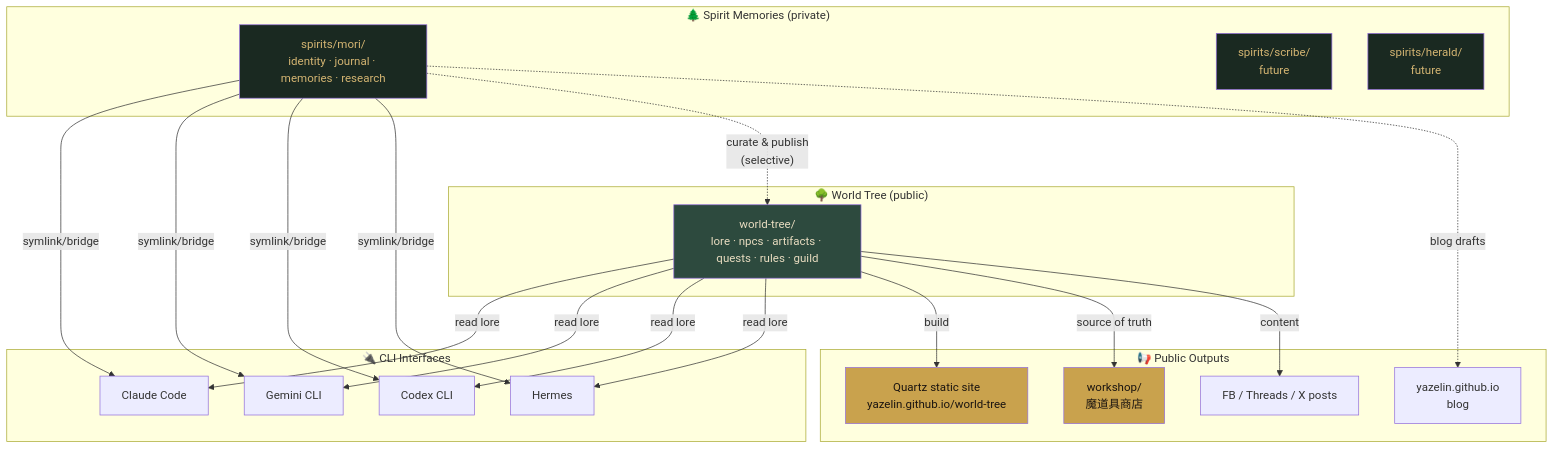
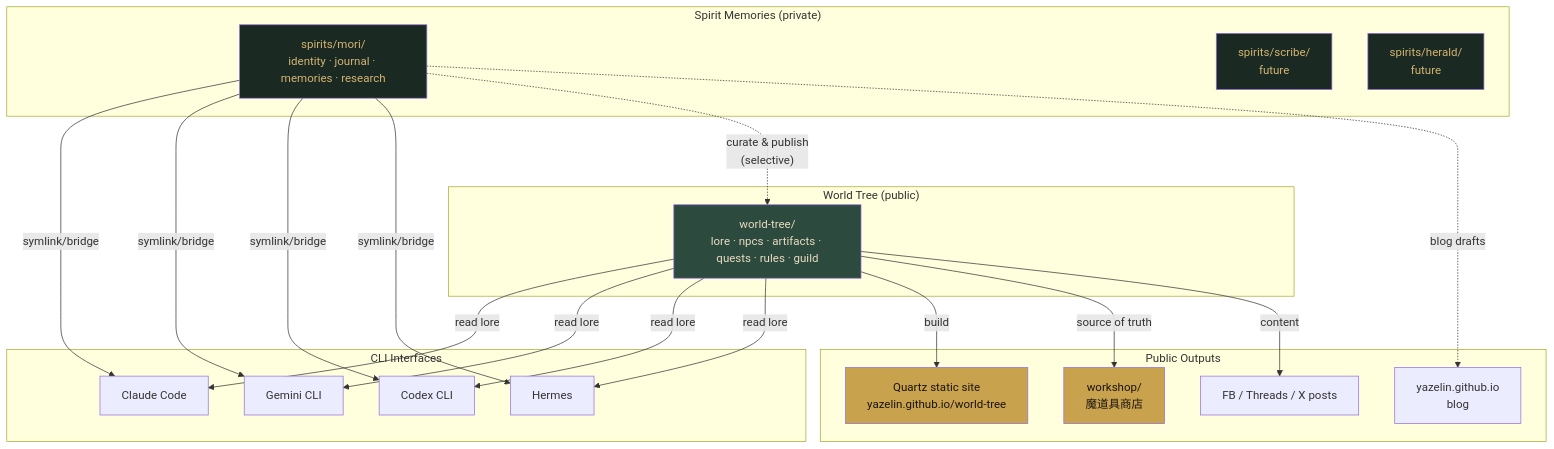
One commit to yazelin/world-tree changed the first of 3 diagrams in ARCHITECTURE.md. Above: the diagram before and after it, drawn with Mermaid. The commit also changed other lines of this file and 33 other files, not shown here.

````diff
--- a/ARCHITECTURE.md
+++ b/ARCHITECTURE.md
@@ -55,50 +55,50 @@
 ```mermaid
 graph TB
-    subgraph SpiritsPrivate["🌲 Spirit Memories (private)"]
-        M[spirits/mori/<br/>identity · journal · memories · research]
-        S[spirits/scribe/<br/>future]
-        H[spirits/herald/<br/>future]
-    end
+ subgraph SpiritsPrivate["Spirit Memories (private)"]
+ M[spirits/mori/<br/>identity · journal · memories · research]
+ S[spirits/scribe/<br/>future]
+ H[spirits/herald/<br/>future]
+ end
 
-    subgraph WorldTree["🌳 World Tree (public)"]
-        WT[world-tree/<br/>lore · npcs · artifacts · quests · rules · guild]
-    end
+ subgraph WorldTree["World Tree (public)"]
+ WT[world-tree/<br/>lore · npcs · artifacts · quests · rules · guild]
+ end
 
-    subgraph CLIs["🔌 CLI Interfaces"]
-        CC[Claude Code]
-        GC[Gemini CLI]
-        CX[Codex CLI]
-        HE[Hermes]
-    end
+ subgraph CLIs["CLI Interfaces"]
+ CC[Claude Code]
+ GC[Gemini CLI]
+ CX[Codex CLI]
+ HE[Hermes]
+ end
 
-    subgraph PublicOutputs["📢 Public Outputs"]
-        WS[workshop/<br/>魔道具商店]
-        QZ[Quartz static site<br/>yazelin.github.io/world-tree]
-        BL[yazelin.github.io<br/>blog]
-        FB[FB / Threads / X posts]
-    end
+ subgraph PublicOutputs["Public Outputs"]
+ WS[workshop/<br/>魔道具商店]
+ QZ[Quartz static site<br/>yazelin.github.io/world-tree]
+ BL[yazelin.github.io<br/>blog]
+ FB[FB / Threads / X posts]
+ end
 
-    M -->|symlink/bridge| CC
-    M -->|symlink/bridge| GC
-    M -->|symlink/bridge| CX
-    M -->|symlink/bridge| HE
+ M -->|symlink/bridge| CC
+ M -->|symlink/bridge| GC
+ M -->|symlink/bridge| CX
+ M -->|symlink/bridge| HE
 
-    WT -->|read lore| CC
-    WT -->|read lore| GC
-    WT -->|read lore| CX
-    WT -->|read lore| HE
+ WT -->|read lore| CC
+ WT -->|read lore| GC
+ WT -->|read lore| CX
+ WT -->|read lore| HE
 
-    WT -->|build| QZ
-    WT -->|source of truth| WS
-    WT -->|content| FB
+ WT -->|build| QZ
+ WT -->|source of truth| WS
+ WT -->|content| FB
 
-    M -.->|"curate & publish<br/>(selective)"| WT
-    M -.->|blog drafts| BL
+ M -.->|"curate & publish<br/>(selective)"| WT
+ M -.->|blog drafts| BL
 
-    style M fill:#1a2921,color:#d4b572
-    style S fill:#1a2921,color:#d4b572
-    style H fill:#1a2921,color:#d4b572
-    style WT fill:#2d4a3e,color:#e8dcc0
-    style WS fill:#c9a24d,color:#1a1410
-    style QZ fill:#c9a24d,color:#1a1410
+ style M fill:#1a2921,color:#d4b572
+ style S fill:#1a2921,color:#d4b572
+ style H fill:#1a2921,color:#d4b572
+ style WT fill:#2d4a3e,color:#e8dcc0
+ style WS fill:#c9a24d,color:#1a1410
+ style QZ fill:#c9a24d,color:#1a1410
 ```
````
